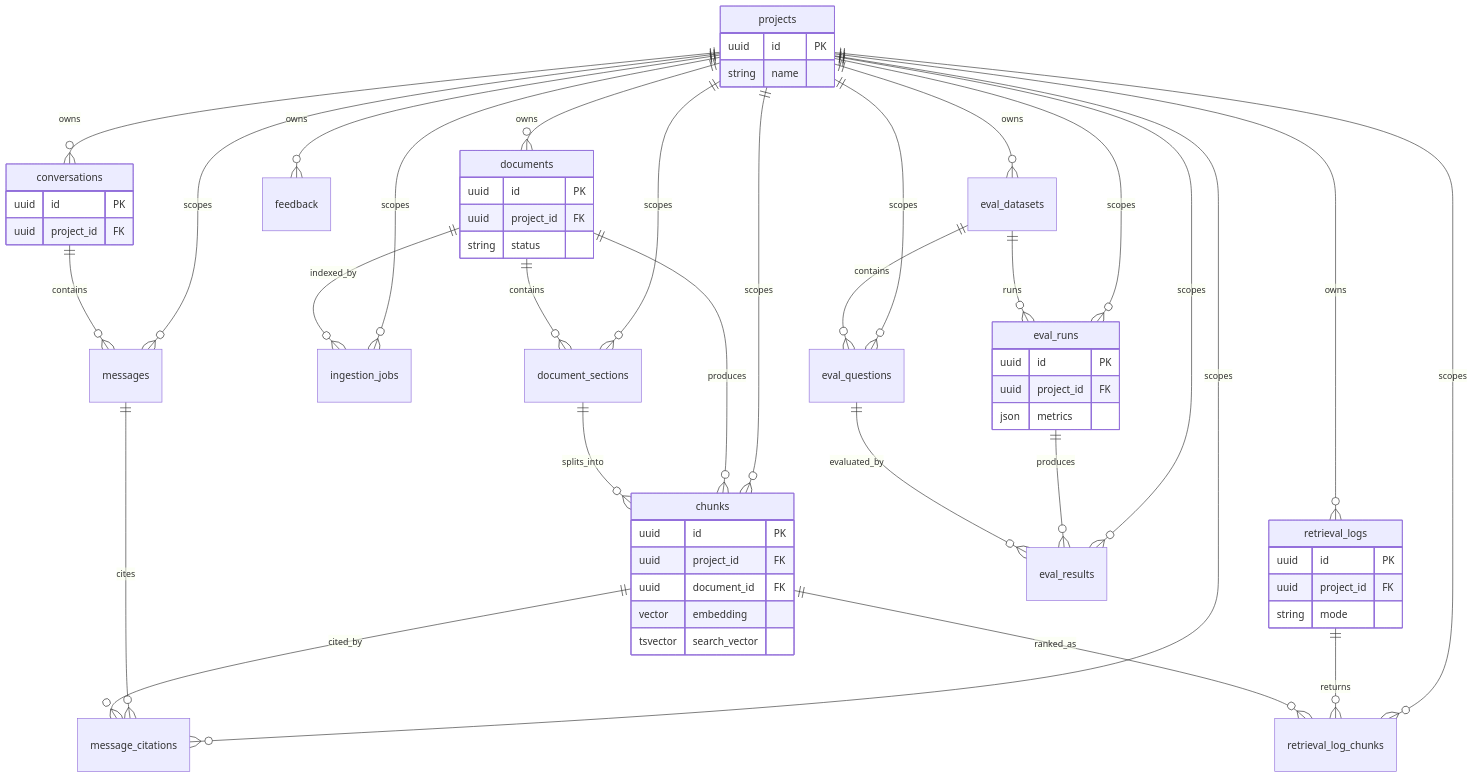
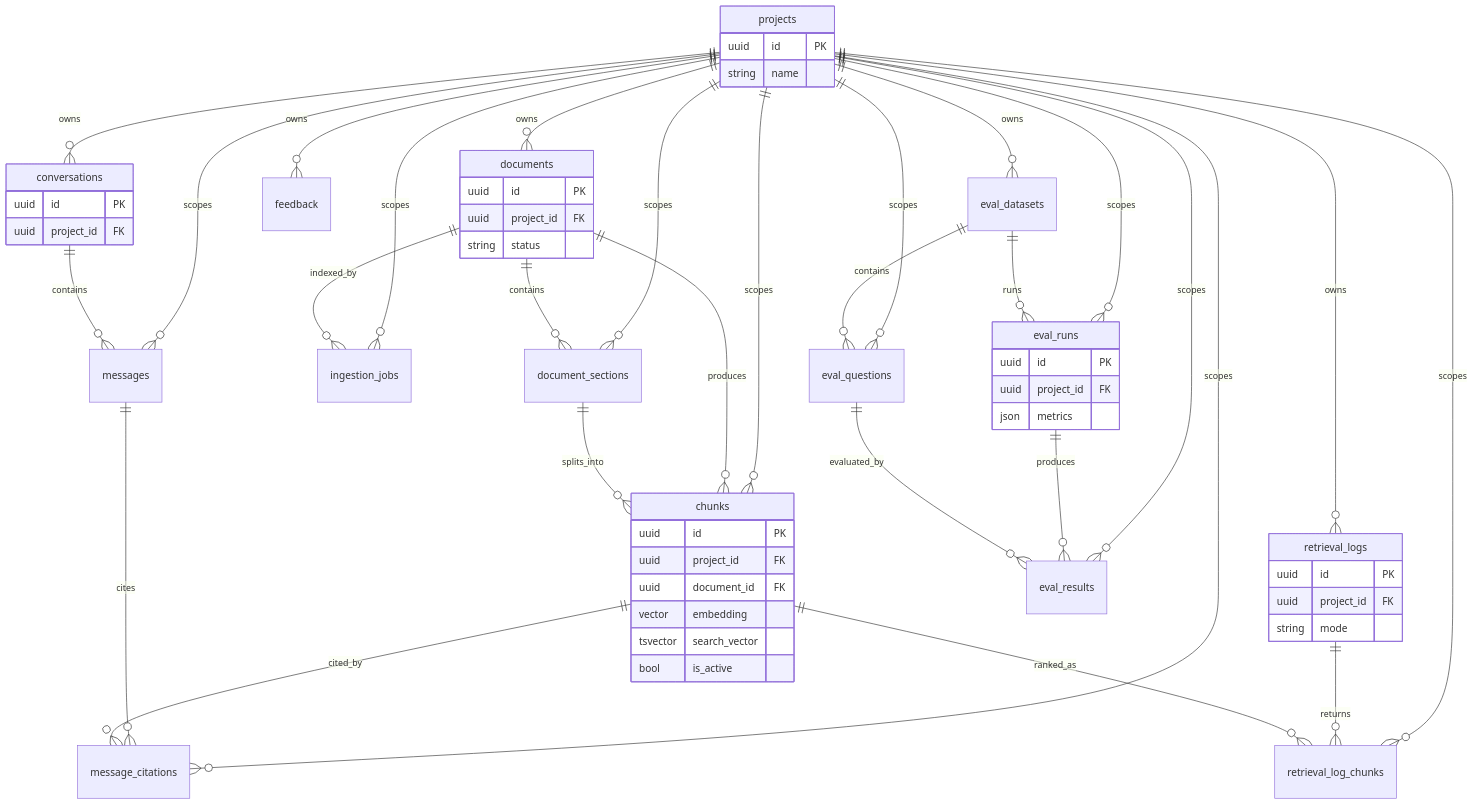
The diagram in docs/superpowers/diagrams/project-isolation-data-model.mmd (Jeddy-PAN/RAG-Platform-4LS), drawn with Mermaid before and after one commit. The commit also changed 9 other files, not shown here.

```diff
--- a/docs/superpowers/diagrams/project-isolation-data-model.mmd
+++ b/docs/superpowers/diagrams/project-isolation-data-model.mmd
@@ -1,68 +1,69 @@
 erDiagram
     projects ||--o{ documents : owns
     projects ||--o{ document_sections : scopes
     projects ||--o{ chunks : scopes
     projects ||--o{ ingestion_jobs : scopes
     projects ||--o{ conversations : owns
     projects ||--o{ messages : scopes
     projects ||--o{ message_citations : scopes
     projects ||--o{ retrieval_logs : owns
     projects ||--o{ retrieval_log_chunks : scopes
     projects ||--o{ feedback : owns
     projects ||--o{ eval_datasets : owns
     projects ||--o{ eval_questions : scopes
     projects ||--o{ eval_runs : scopes
     projects ||--o{ eval_results : scopes
 
     documents ||--o{ document_sections : contains
     documents ||--o{ chunks : produces
     documents ||--o{ ingestion_jobs : indexed_by
     document_sections ||--o{ chunks : splits_into
 
     conversations ||--o{ messages : contains
     messages ||--o{ message_citations : cites
     chunks ||--o{ message_citations : cited_by
 
     retrieval_logs ||--o{ retrieval_log_chunks : returns
     chunks ||--o{ retrieval_log_chunks : ranked_as
 
     eval_datasets ||--o{ eval_questions : contains
     eval_datasets ||--o{ eval_runs : runs
     eval_runs ||--o{ eval_results : produces
     eval_questions ||--o{ eval_results : evaluated_by
 
     projects {
         uuid id PK
         string name
     }
 
     documents {
         uuid id PK
         uuid project_id FK
         string status
     }
 
     chunks {
         uuid id PK
         uuid project_id FK
         uuid document_id FK
         vector embedding
         tsvector search_vector
+        bool is_active
     }
 
     conversations {
         uuid id PK
         uuid project_id FK
     }
 
     retrieval_logs {
         uuid id PK
         uuid project_id FK
         string mode
     }
 
     eval_runs {
         uuid id PK
         uuid project_id FK
         json metrics
     }
```
